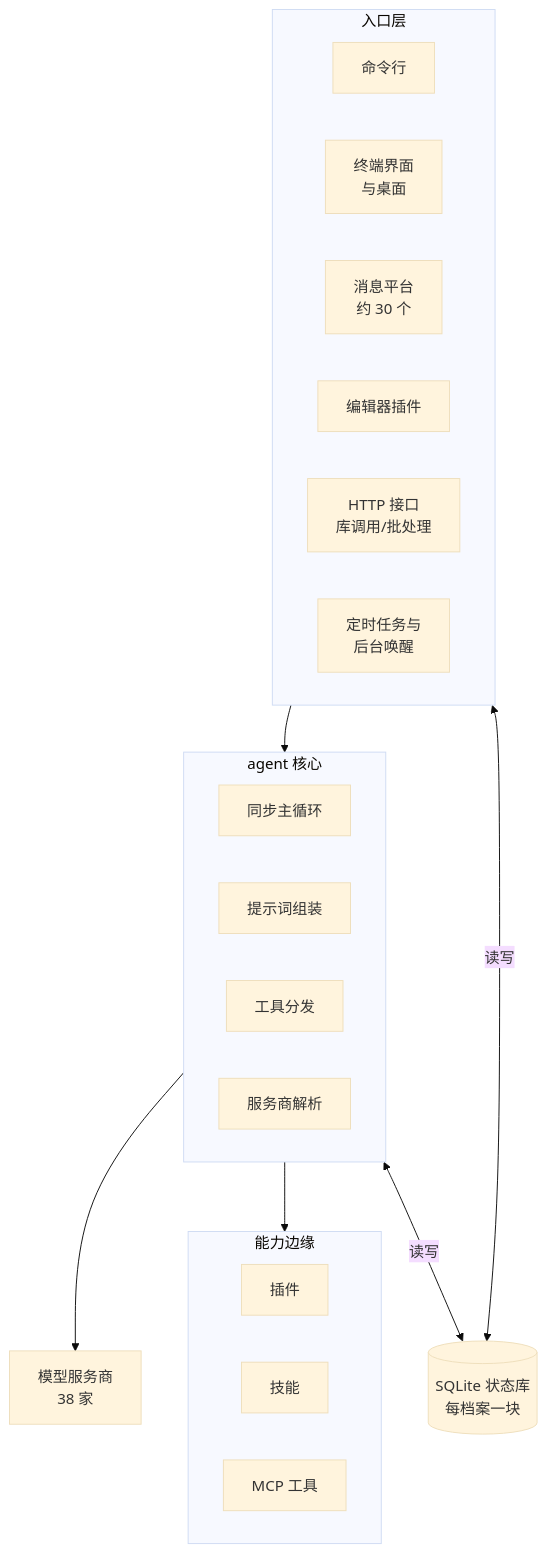
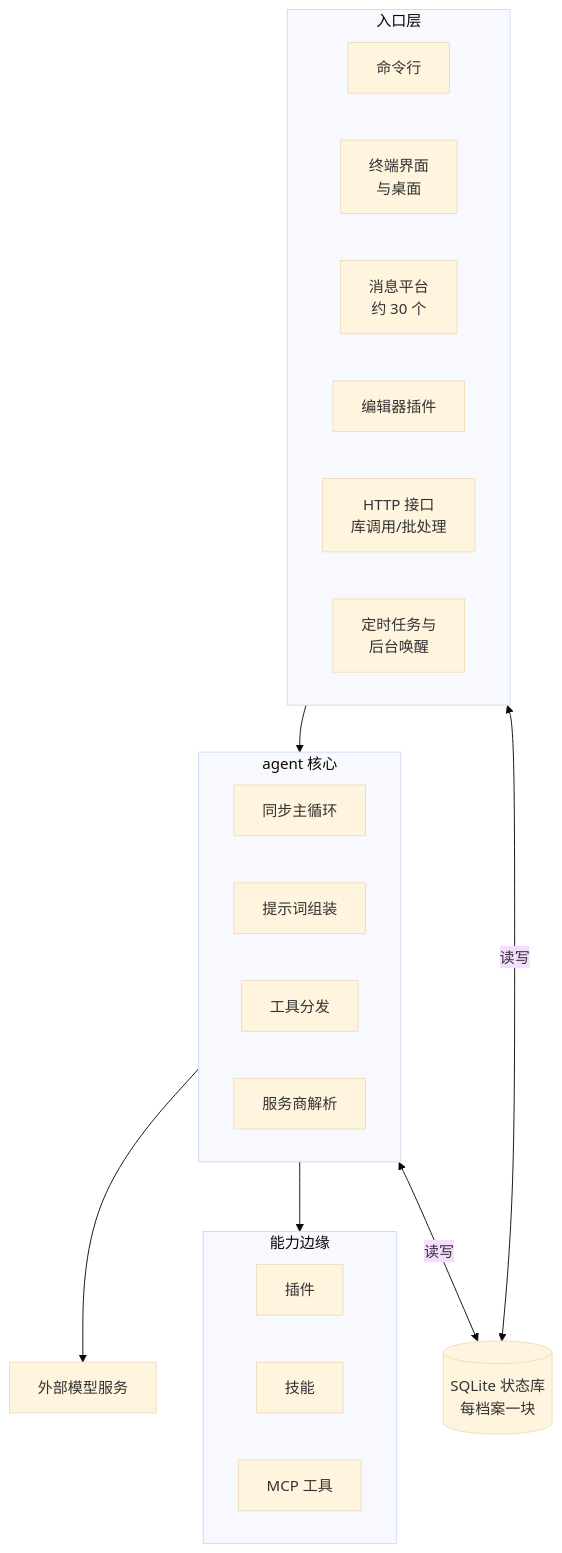
The diagram in docs/architecture.md (Mr-ZeLong/hermes-agent-analysis), drawn with Mermaid (base theme) before and after one commit. The commit also changed other lines of this file and 1 other file, not shown here.

````diff
--- a/docs/architecture.md
+++ b/docs/architecture.md
@@ -23,29 +23,29 @@
 ```mermaid
 flowchart TD
     subgraph ENT[入口层]
         CLI[命令行]
         GUI[终端界面<br>与桌面]
         MSG[消息平台<br>约 30 个]
         EDI[编辑器插件]
         API[HTTP 接口<br>库调用/批处理]
         AU[定时任务与<br>后台唤醒]
     end
     subgraph CORE[agent 核心]
         LOOP[同步主循环]
         PB[提示词组装]
         TD[工具分发]
         PR[服务商解析]
     end
     subgraph EDGE[能力边缘]
         PLG[插件]
         SK[技能]
         MCP[MCP 工具]
     end
     DB[(SQLite 状态库<br>每档案一块)]
-    LLM[模型服务商<br>38 家]
+    LLM[外部模型服务]
     ENT --> CORE
     CORE --> LLM
     CORE --> EDGE
     CORE <-- 读写 --> DB
     ENT <-- 读写 --> DB
 ```
````
